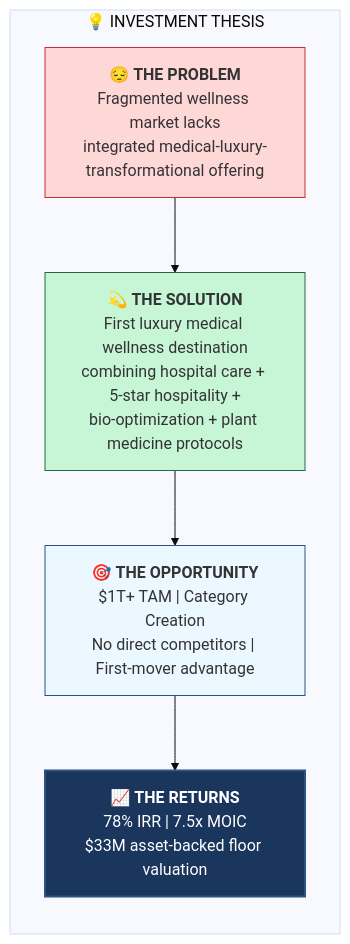
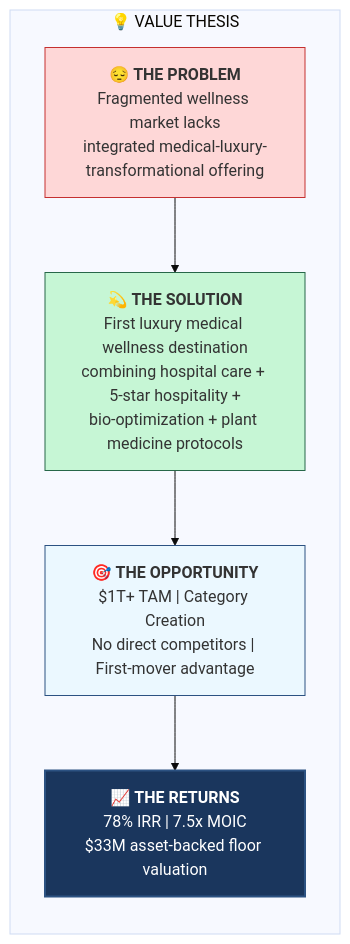
One commit to Light-Brands/epic-center changed the second of 37 diagrams in docs/pitch-packet/AI_VALUATION_REPORT_VISUAL.md. Above: the diagram before and after it, drawn with Mermaid. The commit also changed other lines of this file and 3 other files, not shown here.

````diff
--- a/docs/pitch-packet/AI_VALUATION_REPORT_VISUAL.md
+++ b/docs/pitch-packet/AI_VALUATION_REPORT_VISUAL.md
@@ -84,22 +84,22 @@
 ```mermaid
 %%{init: {'theme': 'base'}}%%
 flowchart TB
-    subgraph THESIS["💡 INVESTMENT THESIS"]
+    subgraph THESIS["💡 VALUE THESIS"]
         direction TB
 
         PROBLEM["😔 <b>THE PROBLEM</b><br/>Fragmented wellness market lacks<br/>integrated medical-luxury-transformational offering"]
 
         SOLUTION["💫 <b>THE SOLUTION</b><br/>First luxury medical wellness destination<br/>combining hospital care + 5-star hospitality +<br/>bio-optimization + plant medicine protocols"]
 
         OPPORTUNITY["🎯 <b>THE OPPORTUNITY</b><br/>$1T+ TAM | Category Creation<br/>No direct competitors | First-mover advantage"]
 
         RETURNS["📈 <b>THE RETURNS</b><br/>78% IRR | 7.5x MOIC<br/>$33M asset-backed floor valuation"]
 
         PROBLEM --> SOLUTION --> OPPORTUNITY --> RETURNS
     end
 
     style PROBLEM fill:#fed7d7,stroke:#c53030
     style SOLUTION fill:#c6f6d5,stroke:#276749
     style OPPORTUNITY fill:#ebf8ff,stroke:#2c5282
     style RETURNS fill:#1a365d,stroke:#2c5282,stroke-width:2px,color:#fff
 ```
````
